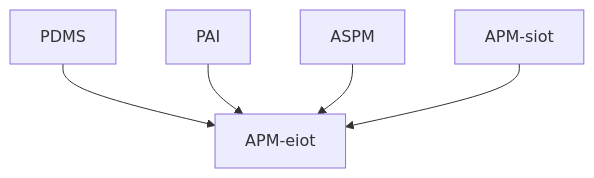
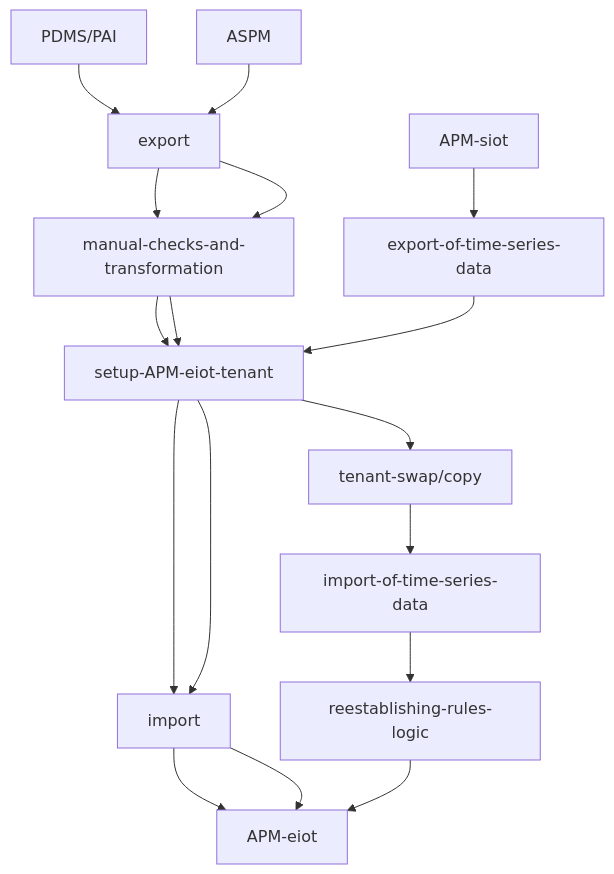
One commit to SAP-samples/apm-migration-tools changed the diagram in apm-migration-guide.md. Above: the diagram before and after it, drawn with Mermaid.

Commit message:
Update apm-migration-guide.md
better graph

````diff
--- a/apm-migration-guide.md
+++ b/apm-migration-guide.md
@@ -35,7 +35,6 @@
 ```mermaid
 graph TD;
-    PDMS-->APM-eiot;
-    PAI-->APM-eiot;
-    ASPM-->APM-eiot;
-    APM-siot-->APM-eiot;
+    PDMS/PAI-->export-->manual-checks-and-transformation-->setup-APM-eiot-tenant-->import-->APM-eiot;
+    ASPM-->export-->manual-checks-and-transformation-->setup-APM-eiot-tenant-->import-->APM-eiot;
+    APM-siot-->export-of-time-series-data-->setup-APM-eiot-tenant-->tenant-swap/copy-->import-of-time-series-data-->reestablishing-rules-logic-->APM-eiot;
 ```
````
